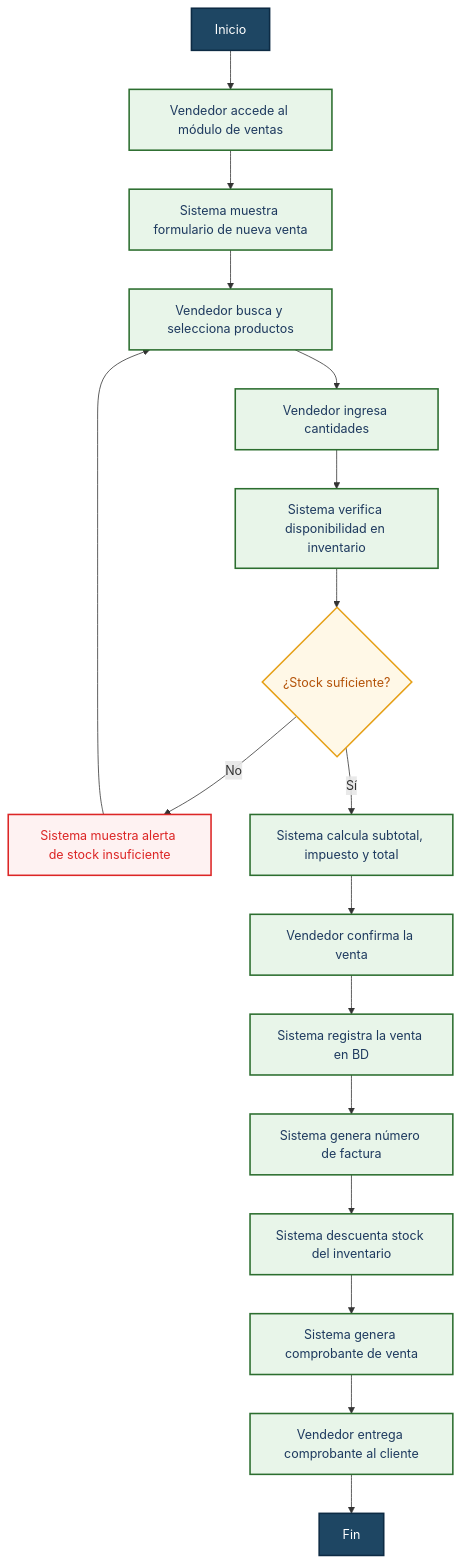
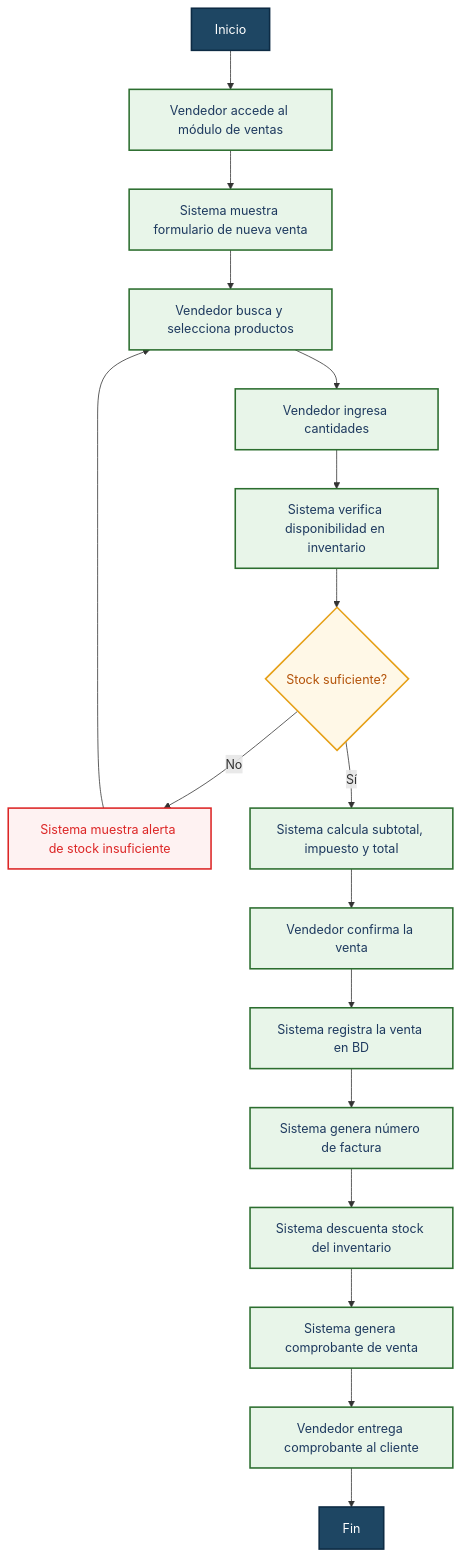
Before and after one commit to Jeanks3/Prototipo3410390: the second of 4 diagrams in IEEE/IEEE(2).md, drawn with Mermaid. The commit also changed other lines of this file and 8 other files, not shown here.

````diff
--- a/IEEE/IEEE(2).md
+++ b/IEEE/IEEE(2).md
@@ -1570,32 +1666,31 @@
 ```mermaid
-    flowchart TD
+flowchart TD
     A[Inicio] --> B[Vendedor accede al módulo de ventas]
     B --> C[Sistema muestra formulario de nueva venta]
     C --> D[Vendedor busca y selecciona productos]
     D --> E[Vendedor ingresa cantidades]
     E --> F[Sistema verifica disponibilidad en inventario]
 
-    F --> G{¿Stock suficiente?}
+    F --> G{Stock suficiente?}
     G -->|No| H[Sistema muestra alerta de stock insuficiente]
     H --> D
 
     G -->|Sí| I[Sistema calcula subtotal, impuesto y total]
     I --> J[Vendedor confirma la venta]
-
     J --> K[Sistema registra la venta en BD]
     K --> L[Sistema genera número de factura]
     L --> M[Sistema descuenta stock del inventario]
     M --> N[Sistema genera comprobante de venta]
     N --> O[Vendedor entrega comprobante al cliente]
     O --> P[Fin]
 
     classDef inicioFin fill:#1e4663,color:#fff,stroke:#0d2b44,stroke-width:2px
     classDef proceso fill:#e8f5e9,color:#1e3a5f,stroke:#2c6e2f,stroke-width:2px
     classDef decision fill:#fff8e7,color:#b45309,stroke:#e6a017,stroke-width:2px
     classDef alerta fill:#fef2f2,color:#dc2626,stroke:#dc2626,stroke-width:2px
 
     class A,P inicioFin
     class B,C,D,E,F,I,J,K,L,M,N,O proceso
     class G decision
     class H alerta
 ```
````
